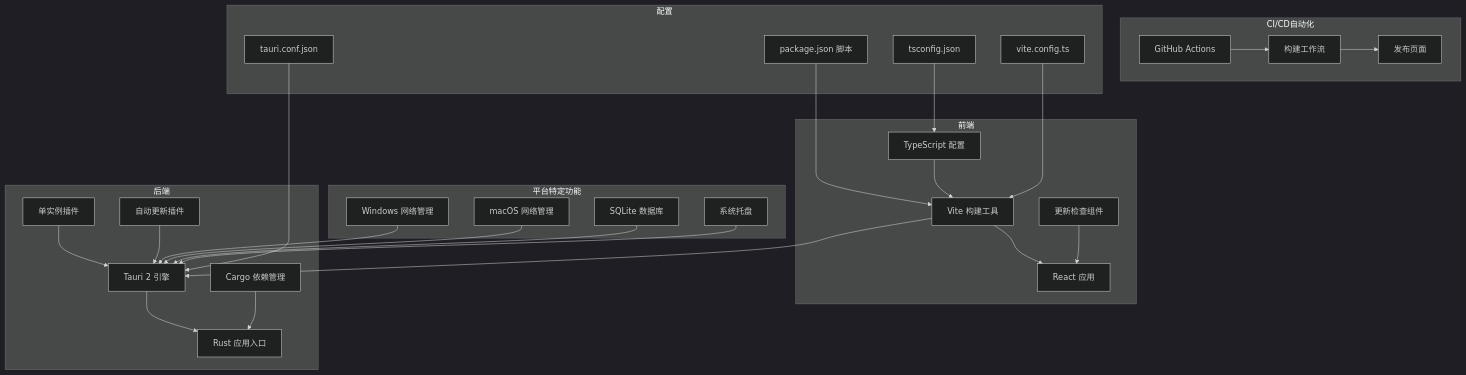
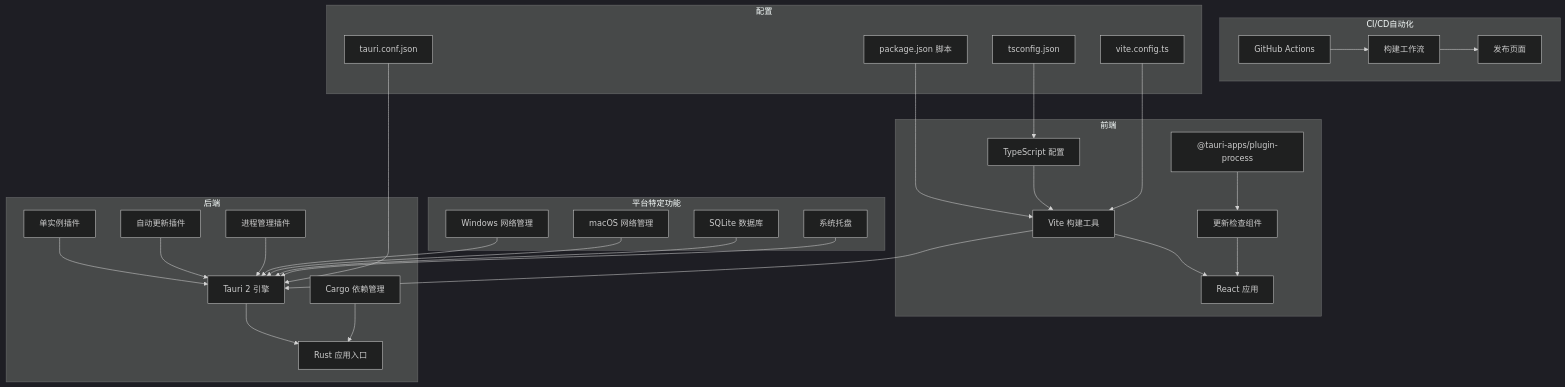
Before and after one commit to xdongliang/IPSwitcher: the first of 3 diagrams in .qoder/repowiki/zh/content/部署指南.md, drawn with Mermaid (dark theme). The commit also changed other lines of this file and 3 other files, not shown here.

````diff
--- a/.qoder/repowiki/zh/content/部署指南.md
+++ b/.qoder/repowiki/zh/content/部署指南.md
@@ -54,51 +56,55 @@
 ```mermaid
 graph TB
 subgraph "前端"
 Vite["Vite 构建工具"]
 React["React 应用"]
 TS["TypeScript 配置"]
 UpdateChecker["更新检查组件"]
+ProcessPlugin["@tauri-apps/plugin-process"]
 end
 subgraph "后端"
 Tauri["Tauri 2 引擎"]
 RustApp["Rust 应用入口"]
 Cargo["Cargo 依赖管理"]
 SingleInstance["单实例插件"]
 Updater["自动更新插件"]
+ProcessMgr["进程管理插件"]
 end
 subgraph "平台特定功能"
 WindowsNet["Windows 网络管理"]
 MacOSNet["macOS 网络管理"]
 SQLiteDB["SQLite 数据库"]
 TrayIcon["系统托盘"]
 end
 subgraph "CI/CD自动化"
 Actions["GitHub Actions"]
 Workflow["构建工作流"]
 Release["发布页面"]
 end
 subgraph "配置"
 Pkg["package.json 脚本"]
 VConf["vite.config.ts"]
 TConf["tauri.conf.json"]
 Cfg["tsconfig.json"]
 end
 Pkg --> Vite
 Vite --> React
 TS --> Vite
 Vite --> Tauri
 Tauri --> RustApp
 Cargo --> RustApp
 SingleInstance --> Tauri
 Updater --> Tauri
+ProcessMgr --> Tauri
 WindowsNet --> Tauri
 MacOSNet --> Tauri
 SQLiteDB --> Tauri
 TrayIcon --> Tauri
 VConf --> Vite
 TConf --> Tauri
 Cfg --> TS
 Actions --> Workflow
 Workflow --> Release
 UpdateChecker --> React
+ProcessPlugin --> UpdateChecker
 ```
````
